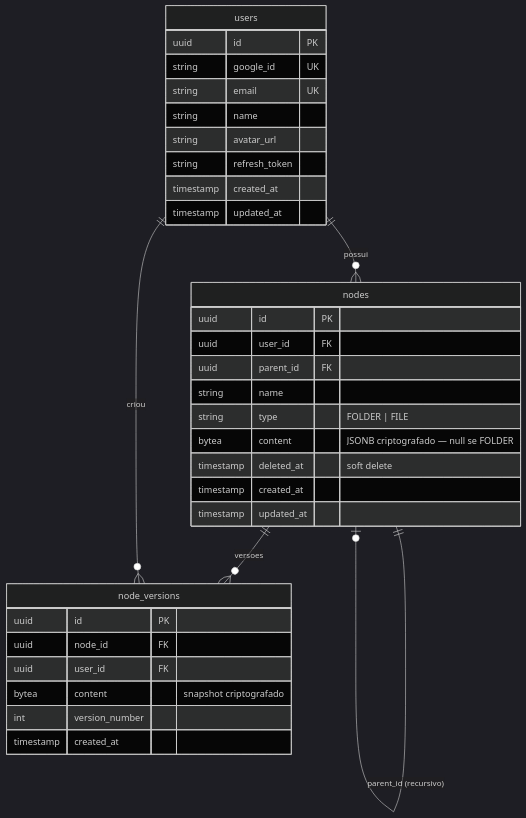
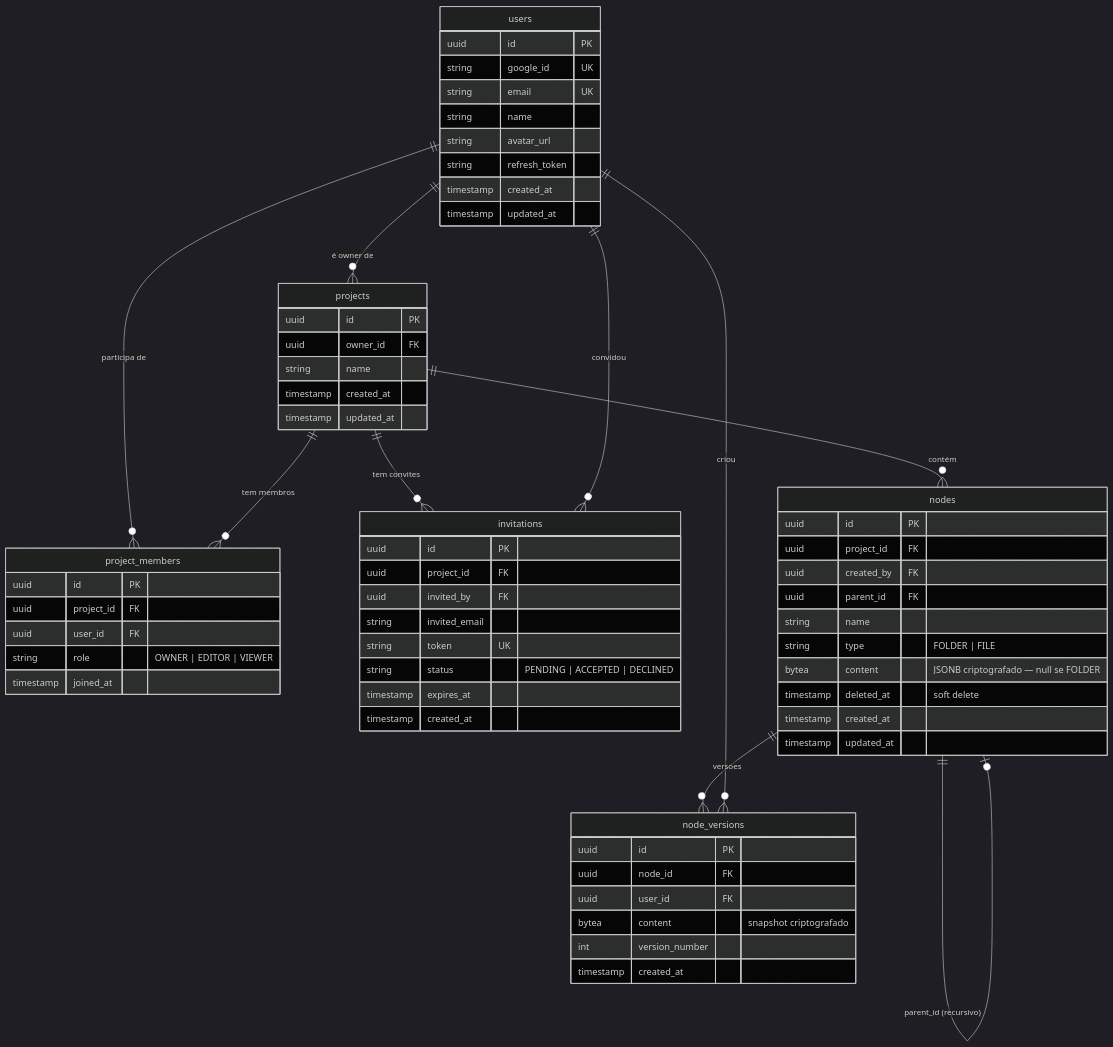
One commit to GustavoDaMassa/DevDraw changed the diagram in docs/arquitetura.md. Above: the diagram before and after it, drawn with Mermaid (dark theme). The commit also changed other lines of this file and 1 other file, not shown here.

First line of the commit message:
docs: update requirements and architecture for collaboration

````diff
--- a/docs/arquitetura.md
+++ b/docs/arquitetura.md
@@ -62,39 +66,72 @@
 ```mermaid
 erDiagram
     users {
         uuid id PK
         string google_id UK
         string email UK
         string name
         string avatar_url
         string refresh_token
         timestamp created_at
         timestamp updated_at
     }
 
+    projects {
+        uuid id PK
+        uuid owner_id FK
+        string name
+        timestamp created_at
+        timestamp updated_at
+    }
+
+    project_members {
+        uuid id PK
+        uuid project_id FK
+        uuid user_id FK
+        string role "OWNER | EDITOR | VIEWER"
+        timestamp joined_at
+    }
+
+    invitations {
+        uuid id PK
+        uuid project_id FK
+        uuid invited_by FK
+        string invited_email
+        string token UK
+        string status "PENDING | ACCEPTED | DECLINED"
+        timestamp expires_at
+        timestamp created_at
+    }
+
     nodes {
         uuid id PK
-        uuid user_id FK
+        uuid project_id FK
+        uuid created_by FK
         uuid parent_id FK
         string name
         string type "FOLDER | FILE"
         bytea content "JSONB criptografado — null se FOLDER"
         timestamp deleted_at "soft delete"
         timestamp created_at
         timestamp updated_at
     }
 
     node_versions {
         uuid id PK
         uuid node_id FK
         uuid user_id FK
         bytea content "snapshot criptografado"
         int version_number
         timestamp created_at
     }
 
-    users ||--o{ nodes : "possui"
+    users ||--o{ projects : "é owner de"
+    users ||--o{ project_members : "participa de"
+    projects ||--o{ project_members : "tem membros"
+    projects ||--o{ invitations : "tem convites"
+    projects ||--o{ nodes : "contém"
+    users ||--o{ invitations : "convidou"
     nodes ||--o| nodes : "parent_id (recursivo)"
     nodes ||--o{ node_versions : "versoes"
     users ||--o{ node_versions : "criou"
 ```
````
